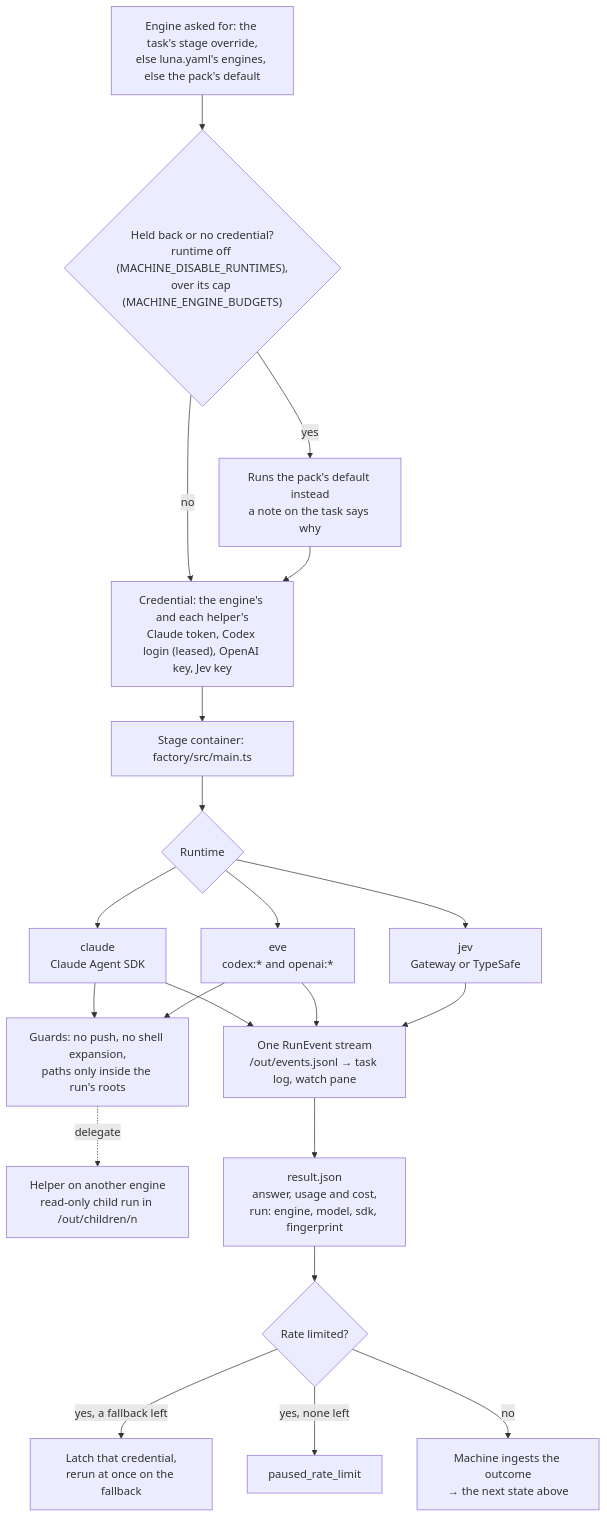
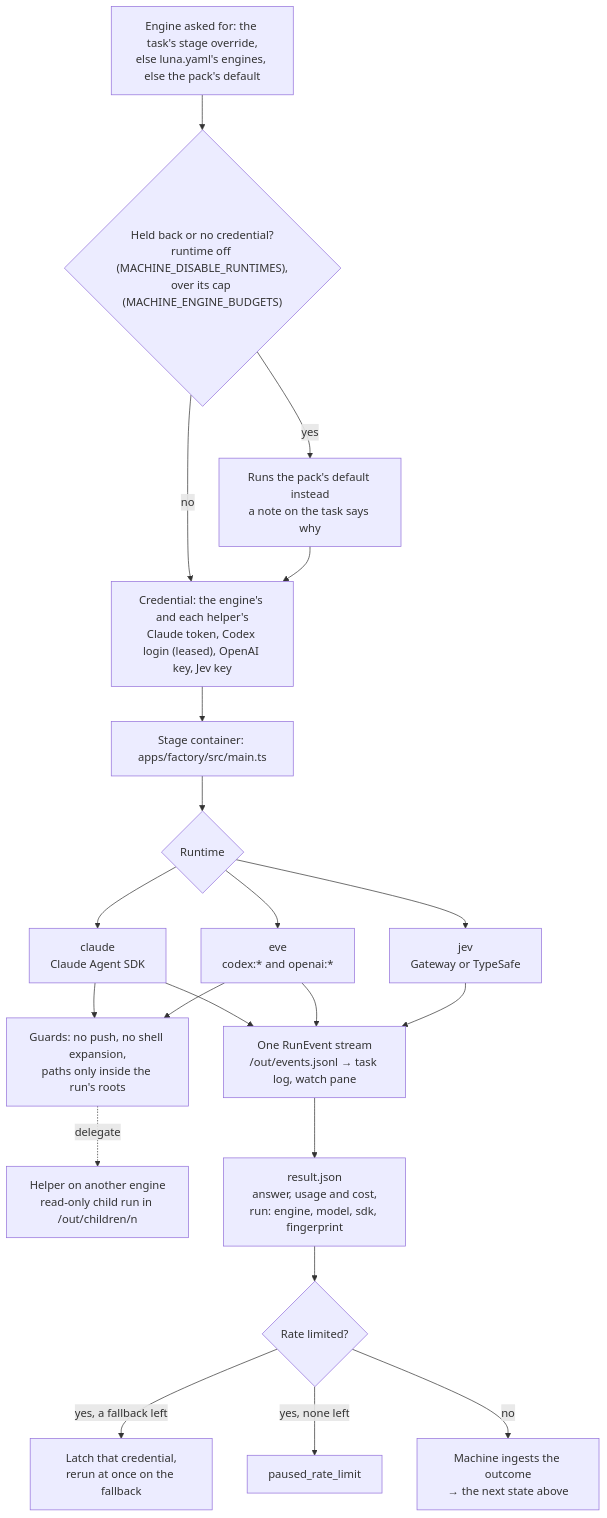
Before and after one commit to HigorAlves/luna-tui: the third of 3 diagrams in docs/architecture.md, drawn with Mermaid. The commit also changed other lines of this file and 1532 other files, not shown here.

````diff
--- a/docs/architecture.md
+++ b/docs/architecture.md
@@ -300,20 +300,20 @@
 ```mermaid
 flowchart TD
   pick["Engine asked for: the task's stage override,<br/>else luna.yaml's engines, else the pack's default"] --> held{"Held back or no credential?<br/>runtime off (MACHINE_DISABLE_RUNTIMES),<br/>over its cap (MACHINE_ENGINE_BUDGETS)"}
   held -- yes --> default["Runs the pack's default instead<br/>a note on the task says why"]
   held -- no --> cred
   default --> cred["Credential: the engine's and each helper's<br/>Claude token, Codex login (leased), OpenAI key, Jev key"]
-  cred --> container["Stage container: factory/src/main.ts"]
+  cred --> container["Stage container: apps/factory/src/main.ts"]
   container --> runtime{"Runtime"}
   runtime --> claude["claude<br/>Claude Agent SDK"]
   runtime --> eve["eve<br/>codex:* and openai:*"]
   runtime --> jevrt["jev<br/>Gateway or TypeSafe"]
   claude & eve --> guards["Guards: no push, no shell expansion,<br/>paths only inside the run's roots"]
   guards -. delegate .-> child["Helper on another engine<br/>read-only child run in /out/children/n"]
   claude & eve & jevrt --> events["One RunEvent stream<br/>/out/events.jsonl → task log, watch pane"]
   events --> result["result.json<br/>answer, usage and cost,<br/>run: engine, model, sdk, fingerprint"]
   result --> limited{"Rate limited?"}
   limited -- "yes, a fallback left" --> rerun["Latch that credential,<br/>rerun at once on the fallback"]
   limited -- "yes, none left" --> paused["paused_rate_limit"]
   limited -- no --> ingest["Machine ingests the outcome<br/>→ the next state above"]
 ```
````
